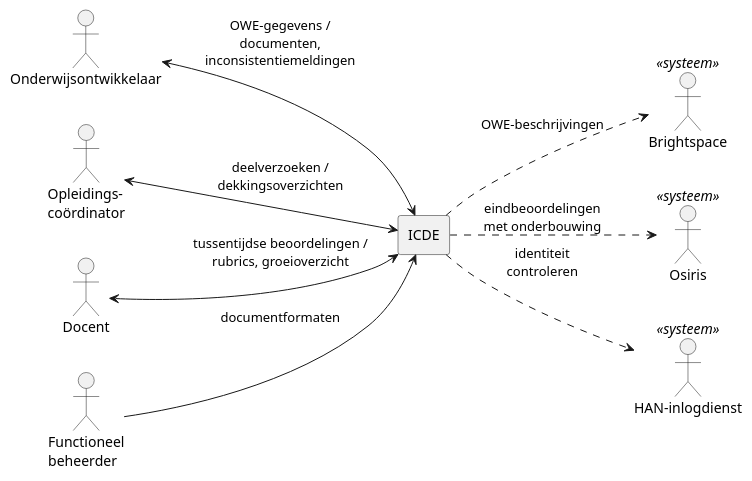
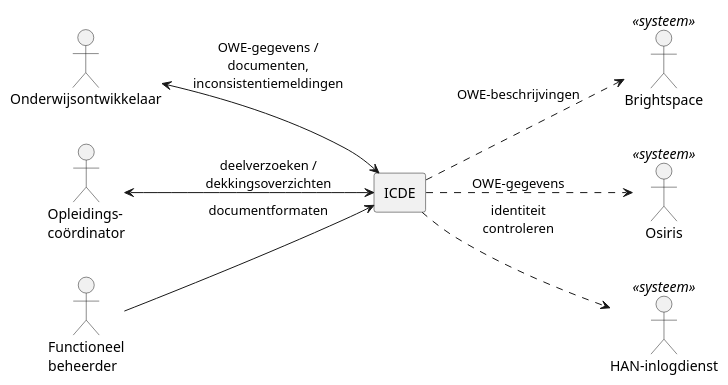
The diagram in docs/diagrams/contextdiagram.puml (HAN-Craftsmanship-KL-JJG/casus), drawn with PlantUML before and after one commit. The commit also changed 3 other files, not shown here.

```diff
--- a/docs/diagrams/contextdiagram.puml
+++ b/docs/diagrams/contextdiagram.puml
@@ -1,27 +1,25 @@
 @startuml contextdiagram
 ' Contextdiagram van ICDE. Toelichting: docs/02-systeemgrenzen.md
 ' Een stippellijn is een koppeling voor later, buiten het prototype.
 left to right direction
 skinparam shadowing false
 skinparam defaultFontName Helvetica
 
 actor Onderwijsontwikkelaar as ontwikkelaar
 actor "Opleidings-\ncoördinator" as coordinator
-actor Docent as docent
 actor "Functioneel\nbeheerder" as beheerder
 
 rectangle ICDE as icde
 
 actor Brightspace as brightspace <<systeem>>
 actor Osiris as osiris <<systeem>>
 actor "HAN-inlogdienst" as inlogdienst <<systeem>>
 
 ontwikkelaar <--> icde : OWE-gegevens /\ndocumenten,\ninconsistentiemeldingen
 coordinator <--> icde : deelverzoeken /\ndekkingsoverzichten
-docent <--> icde : tussentijdse beoordelingen /\nrubrics, groeioverzicht
 beheerder --> icde : documentformaten
 
 icde ..> brightspace : OWE-beschrijvingen
-icde ..> osiris : eindbeoordelingen\nmet onderbouwing
+icde ..> osiris : OWE-gegevens
 icde ..> inlogdienst : identiteit\ncontroleren
 @enduml
```
